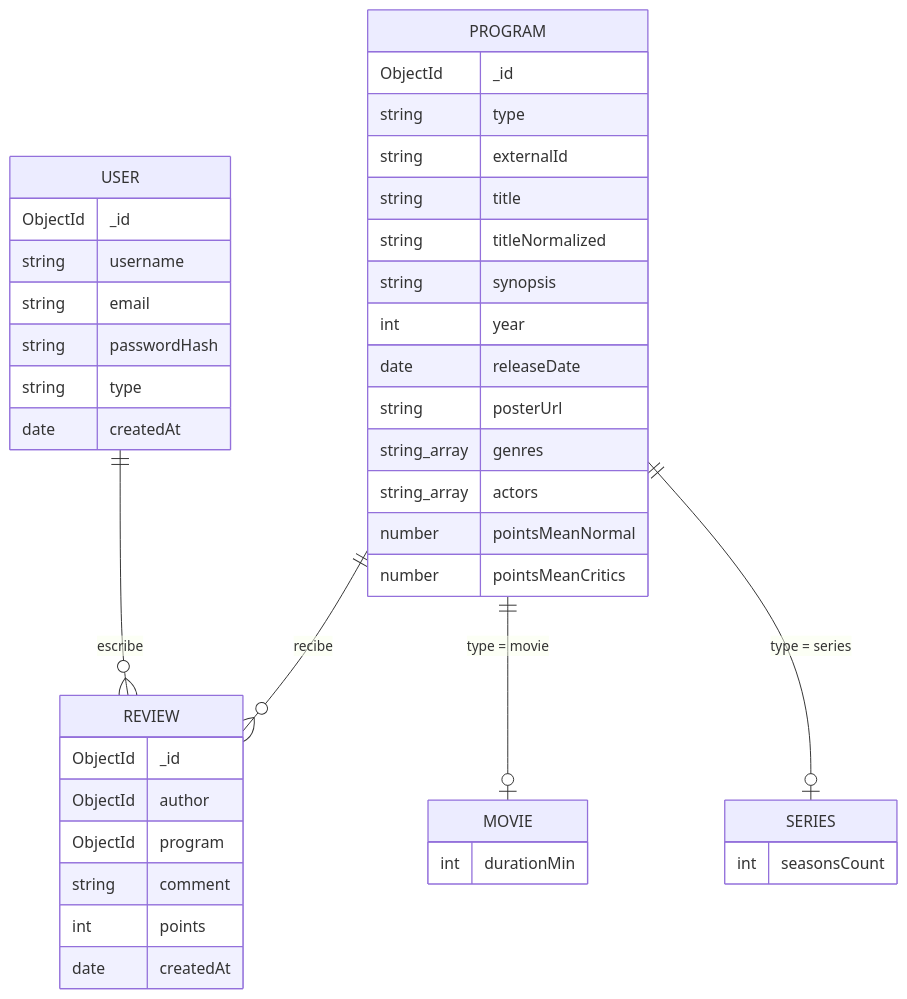
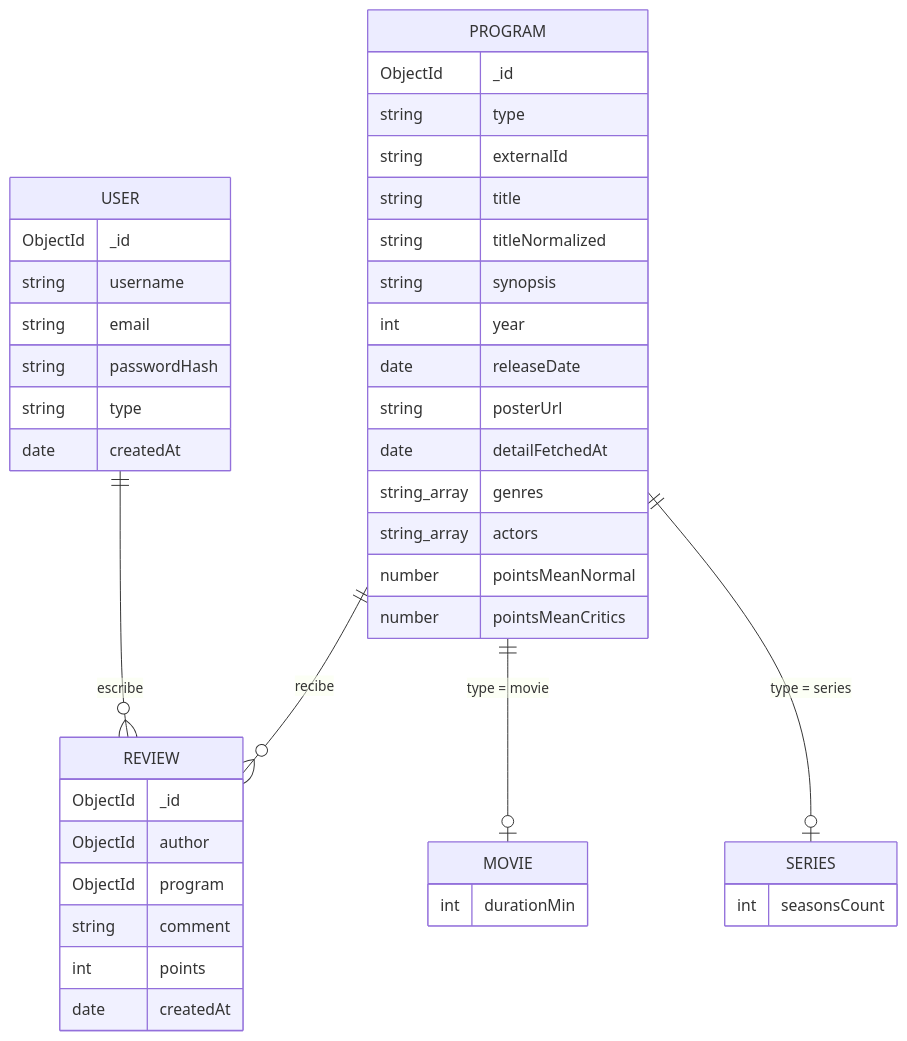
One commit to marielvcmr/movies-app changed the diagram in backend/docs/DESIGN.md. Above: the diagram before and after it, drawn with Mermaid. The commit also changed other lines of this file and 6 other files, not shown here.

````diff
--- a/backend/docs/DESIGN.md
+++ b/backend/docs/DESIGN.md
@@ -10,45 +10,46 @@
 ```mermaid
 erDiagram
     USER ||--o{ REVIEW : "escribe"
     PROGRAM ||--o{ REVIEW : "recibe"
     PROGRAM ||--o| MOVIE : "type = movie"
     PROGRAM ||--o| SERIES : "type = series"
 
     USER {
         ObjectId _id
         string username
         string email
         string passwordHash
         string type
         date createdAt
     }
     REVIEW {
         ObjectId _id
         ObjectId author
         ObjectId program
         string comment
         int points
         date createdAt
     }
     PROGRAM {
         ObjectId _id
         string type
         string externalId
         string title
         string titleNormalized
         string synopsis
         int year
         date releaseDate
         string posterUrl
+        date detailFetchedAt
         string_array genres
         string_array actors
         number pointsMeanNormal
         number pointsMeanCritics
     }
     MOVIE {
         int durationMin
     }
     SERIES {
         int seasonsCount
     }
 ```
````
